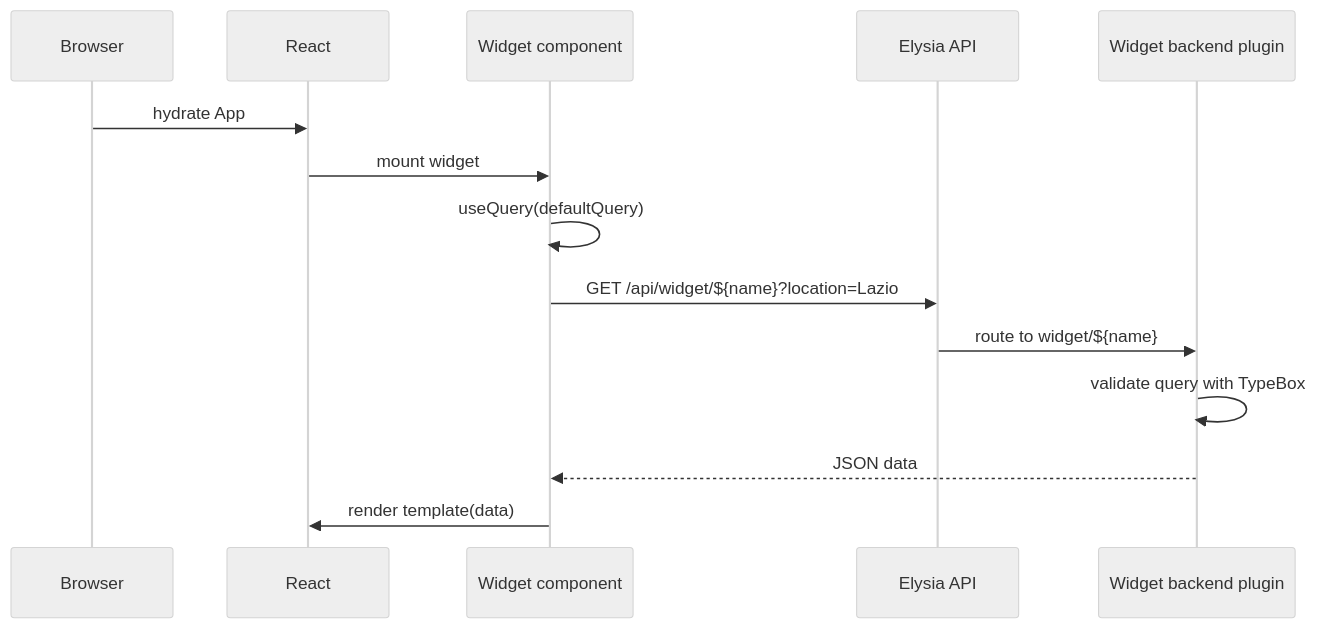
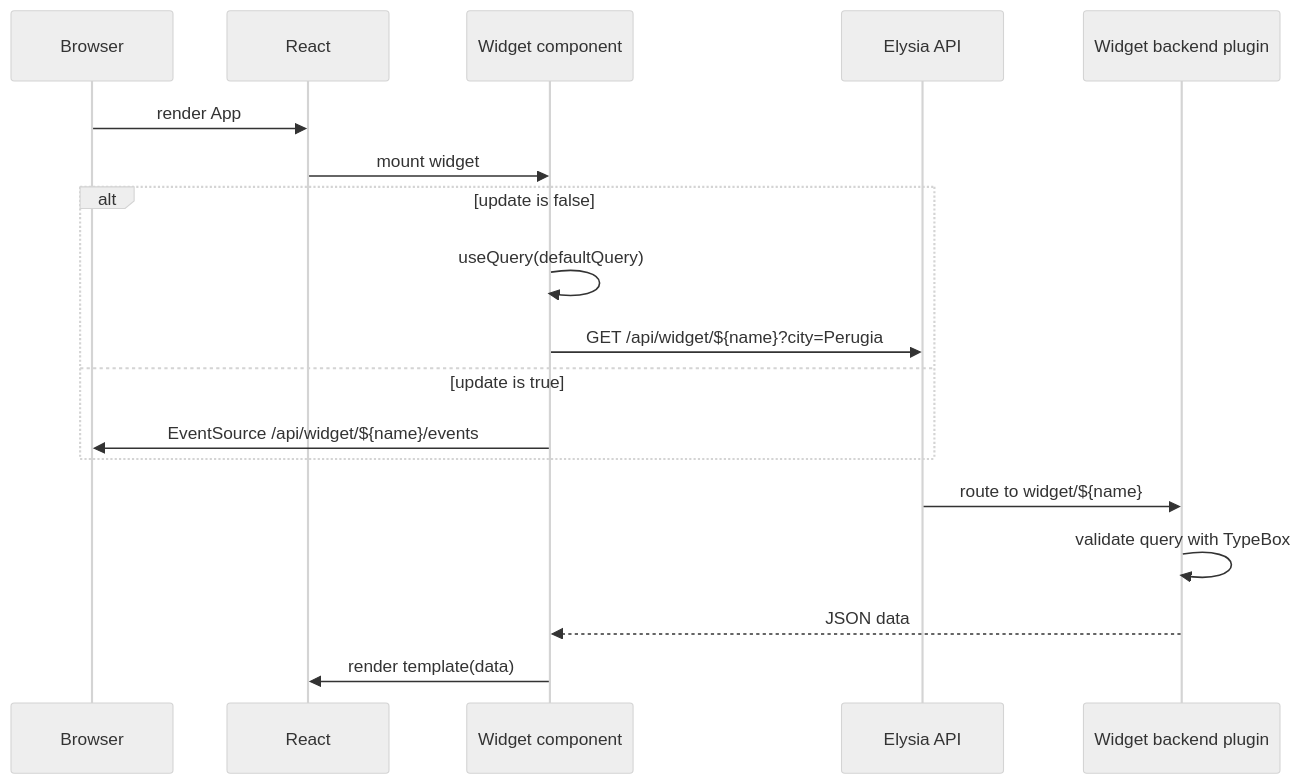
One commit to RobertoFretel/Widget changed the second of 2 diagrams in openwiki/architecture/runtime.md. Above: the diagram before and after it, drawn with Mermaid (neutral theme). The commit also changed other lines of this file and 21 other files, not shown here.

````diff
--- a/openwiki/architecture/runtime.md
+++ b/openwiki/architecture/runtime.md
@@ -176,17 +199,21 @@
 ```mermaid
 sequenceDiagram
     participant Browser
     participant React
     participant WidgetComp as Widget component
     participant Elysia as Elysia API
     participant WidgetBE as Widget backend plugin
 
-    Browser->>React: hydrate App
+    Browser->>React: render App
     React->>WidgetComp: mount widget
-    WidgetComp->>WidgetComp: useQuery(defaultQuery)
-    WidgetComp->>Elysia: GET /api/widget/${name}?location=Lazio
+    alt update is false
+        WidgetComp->>WidgetComp: useQuery(defaultQuery)
+        WidgetComp->>Elysia: GET /api/widget/${name}?city=Perugia
+    else update is true
+        WidgetComp->>Browser: EventSource /api/widget/${name}/events
+    end
     Elysia->>WidgetBE: route to widget/${name}
     WidgetBE->>WidgetBE: validate query with TypeBox
     WidgetBE-->>WidgetComp: JSON data
     WidgetComp->>React: render template(data)
 ```
````
